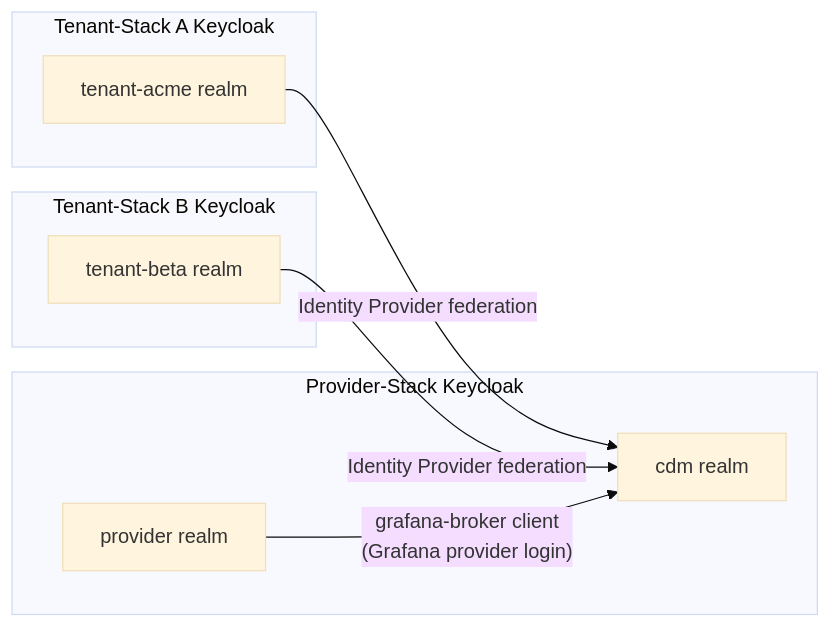
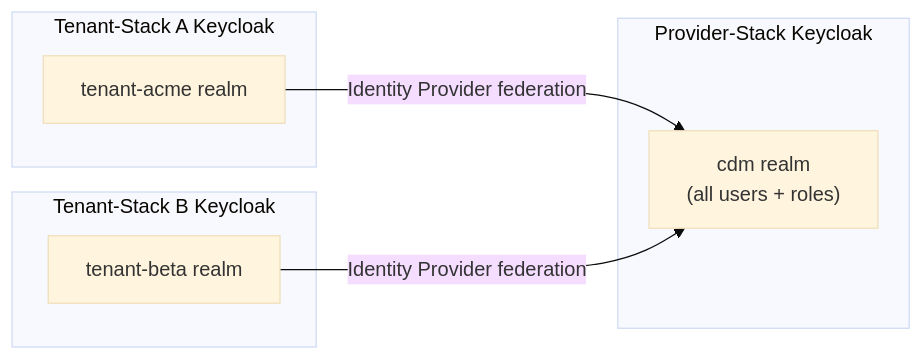
Before and after one commit to the78mole/complete-device-management: the diagram in docs/architecture/iam.md, drawn with Mermaid (base theme). The commit also changed other lines of this file and 10 other files, not shown here.

First line of the commit message:
docs: update all references from two-realm (cdm+provider) to single cdm realm

````diff
--- a/docs/architecture/iam.md
+++ b/docs/architecture/iam.md
@@ -49,18 +45,16 @@
 ```mermaid
 graph LR
     subgraph provider["Provider-Stack Keycloak"]
-        CDM["cdm realm"]
-        PROV["provider realm"]
+        CDM["cdm realm<br>(all users + roles)"]
     end
 
     subgraph t1["Tenant-Stack A Keycloak"]
         TR1["tenant-acme realm"]
     end
     subgraph t2["Tenant-Stack B Keycloak"]
         TR2["tenant-beta realm"]
     end
 
     TR1 -->|"Identity Provider federation"| CDM
     TR2 -->|"Identity Provider federation"| CDM
-    PROV -->|"grafana-broker client<br>(Grafana provider login)"| CDM
 ```
````
